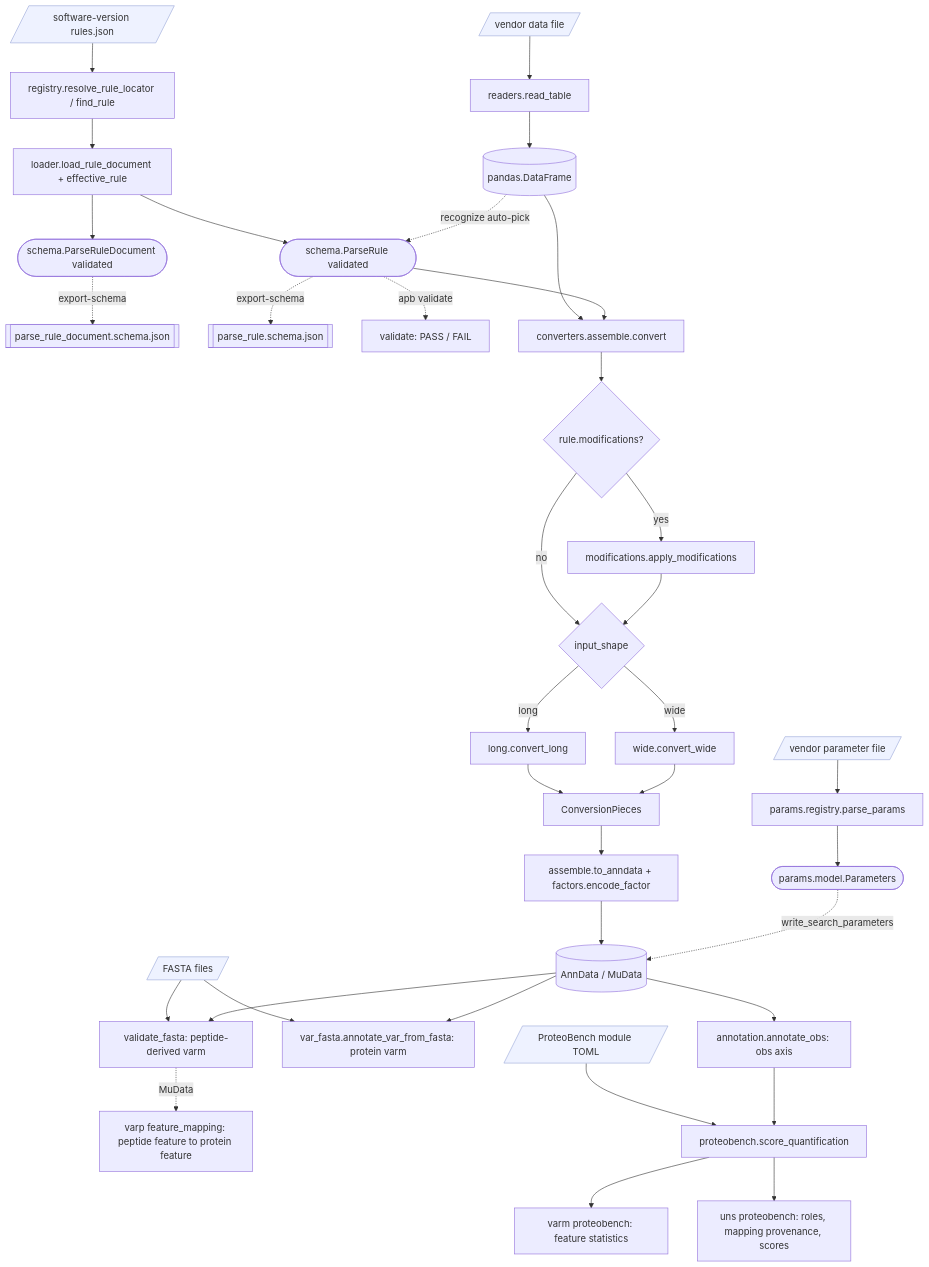
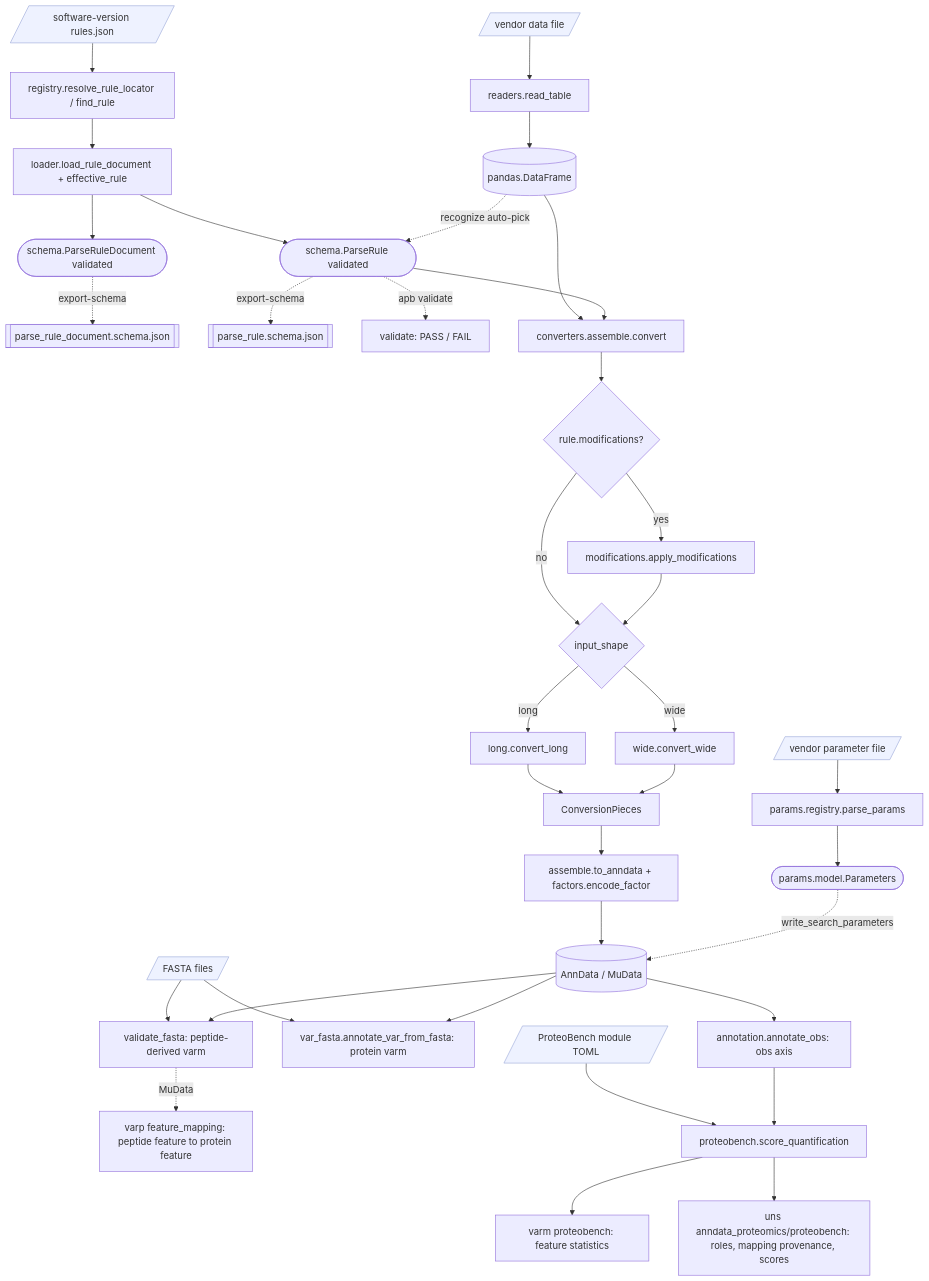
Before and after one commit to anndata-omics-bridge/anndata-proteomics-bridge: the diagram in docs/ARCHITECTURE.md, drawn with Mermaid. The commit also changed other lines of this file and 81 other files, not shown here.

````diff
--- a/docs/ARCHITECTURE.md
+++ b/docs/ARCHITECTURE.md
@@ -14,46 +14,46 @@
 ```mermaid
 flowchart TD
     config[/software-version rules.json/] --> resolve[registry.resolve_rule_locator / find_rule]
     resolve --> load[loader.load_rule_document + effective_rule]
     load --> source([schema.ParseRuleDocument validated])
     load --> rule([schema.ParseRule validated])
     source -. export-schema .-> sourceschema[[parse_rule_document.schema.json]]
     rule -. export-schema .-> schemajson[[parse_rule.schema.json]]
     rule -. apb validate .-> val[validate: PASS / FAIL]
 
     data[/vendor data file/] --> readtable[readers.read_table]
     readtable --> df[(pandas.DataFrame)]
     df -. recognize auto-pick .-> rule
 
     df --> convert[converters.assemble.convert]
     rule --> convert
     convert --> mods{rule.modifications?}
     mods -->|yes| applymods[modifications.apply_modifications]
     mods -->|no| shape{input_shape}
     applymods --> shape
     shape -->|long| long[long.convert_long]
     shape -->|wide| wide[wide.convert_wide]
     long --> pieces[ConversionPieces]
     wide --> pieces
     pieces --> assemble[assemble.to_anndata + factors.encode_factor]
     assemble --> adata[(AnnData / MuData)]
 
     paramfile[/vendor parameter file/] --> parseparams[params.registry.parse_params]
     parseparams --> params([params.model.Parameters])
     params -. write_search_parameters .-> adata
 
     adata --> annobs[annotation.annotate_obs: obs axis]
     fastafile[/FASTA files/] --> annvar[var_fasta.annotate_var_from_fasta: protein varm]
     adata --> annvar
     fastafile --> valfasta[validate_fasta: peptide-derived varm]
     adata --> valfasta
     valfasta -. MuData .-> mulink[varp feature_mapping: peptide feature to protein feature]
 
     moduletoml[/ProteoBench module TOML/] --> pbscore[proteobench.score_quantification]
     annobs --> pbscore
     pbscore --> pbvarm[varm proteobench: feature statistics]
-    pbscore --> pbuns[uns proteobench: roles, mapping provenance, scores]
+    pbscore --> pbuns[uns anndata_proteomics/proteobench: roles, mapping provenance, scores]
 
     classDef io fill:#eef2ff,stroke:#9aa7d8;
     class config,data,paramfile,fastafile,moduletoml io;
 ```
````
